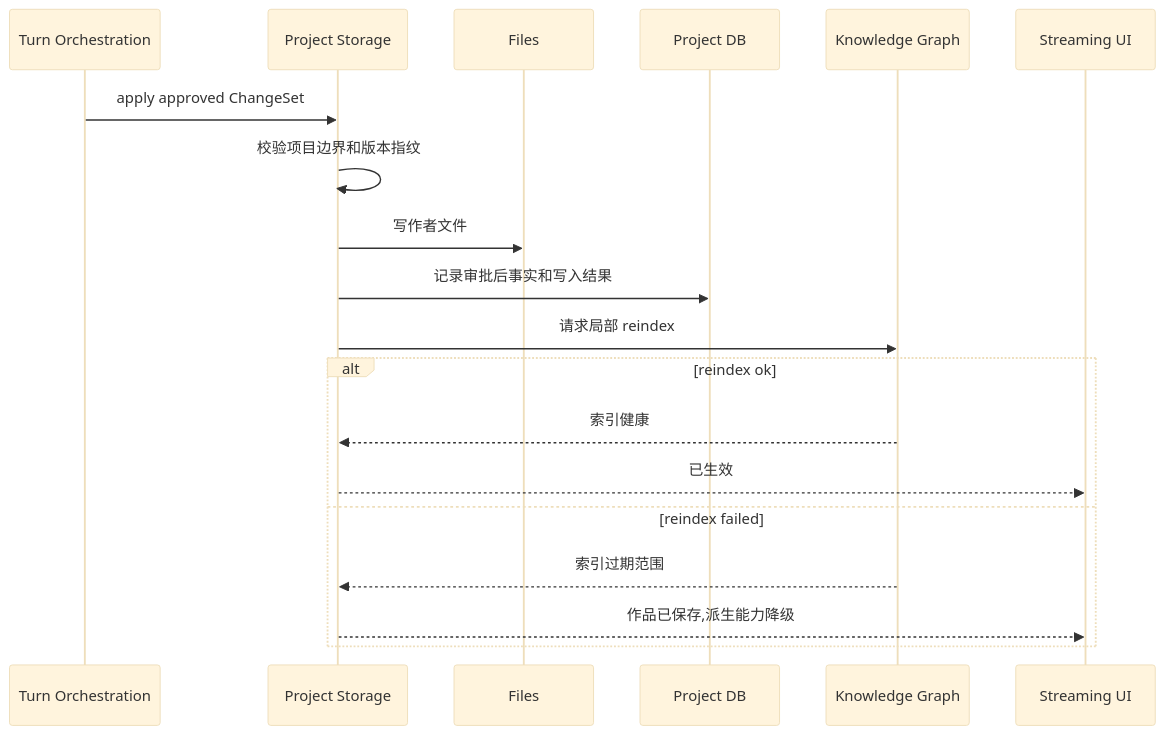
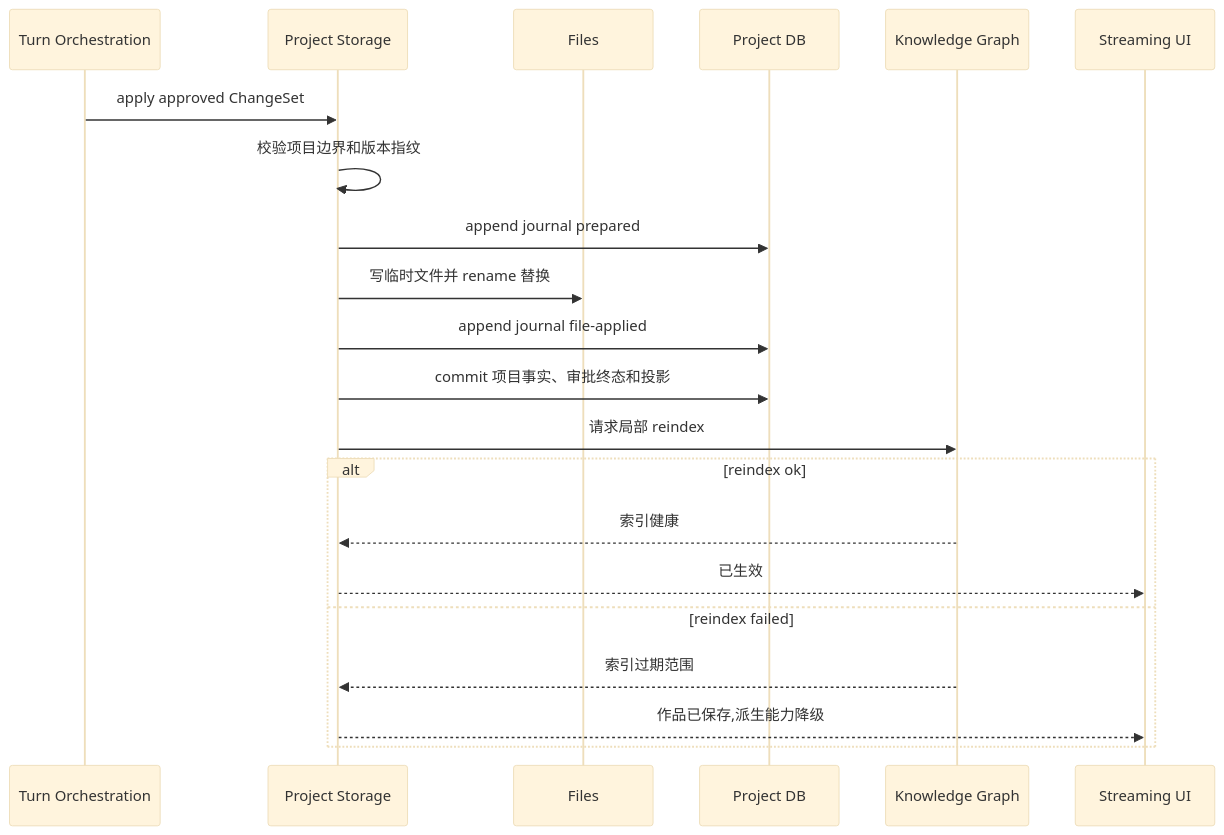
The second of 3 diagrams in spec/S01-project-storage.md (jinhuang712/open-novel), drawn with Mermaid (base theme) before and after one commit. The commit also changed other lines of this file and 42 other files, not shown here.

````diff
--- a/spec/S01-project-storage.md
+++ b/spec/S01-project-storage.md
@@ -99,22 +129,24 @@
 ```mermaid
 sequenceDiagram
   participant O as Turn Orchestration
   participant S as Project Storage
   participant F as Files
   participant D as Project DB
   participant K as Knowledge Graph
   participant UI as Streaming UI
 
   O->>S: apply approved ChangeSet
   S->>S: 校验项目边界和版本指纹
-  S->>F: 写作者文件
-  S->>D: 记录审批后事实和写入结果
+  S->>D: append journal prepared
+  S->>F: 写临时文件并 rename 替换
+  S->>D: append journal file-applied
+  S->>D: commit 项目事实、审批终态和投影
   S->>K: 请求局部 reindex
   alt reindex ok
     K-->>S: 索引健康
     S-->>UI: 已生效
   else reindex failed
     K-->>S: 索引过期范围
     S-->>UI: 作品已保存,派生能力降级
   end
 ```
````
